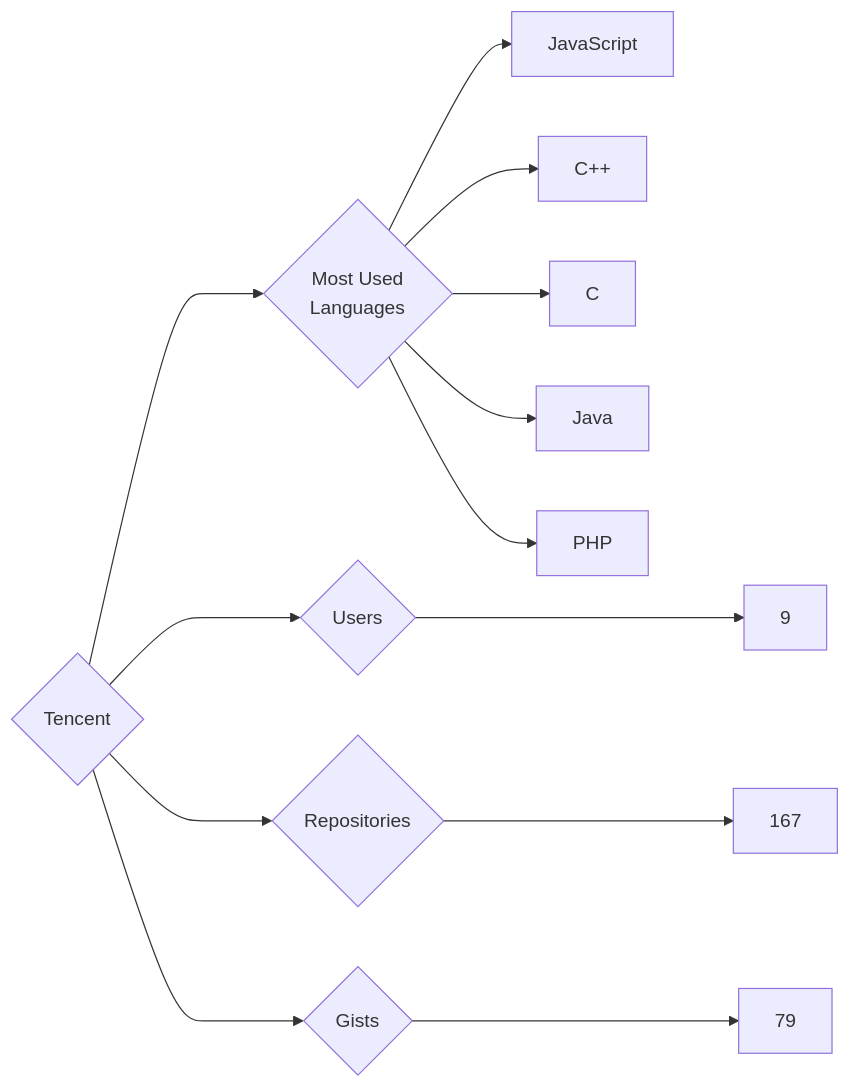
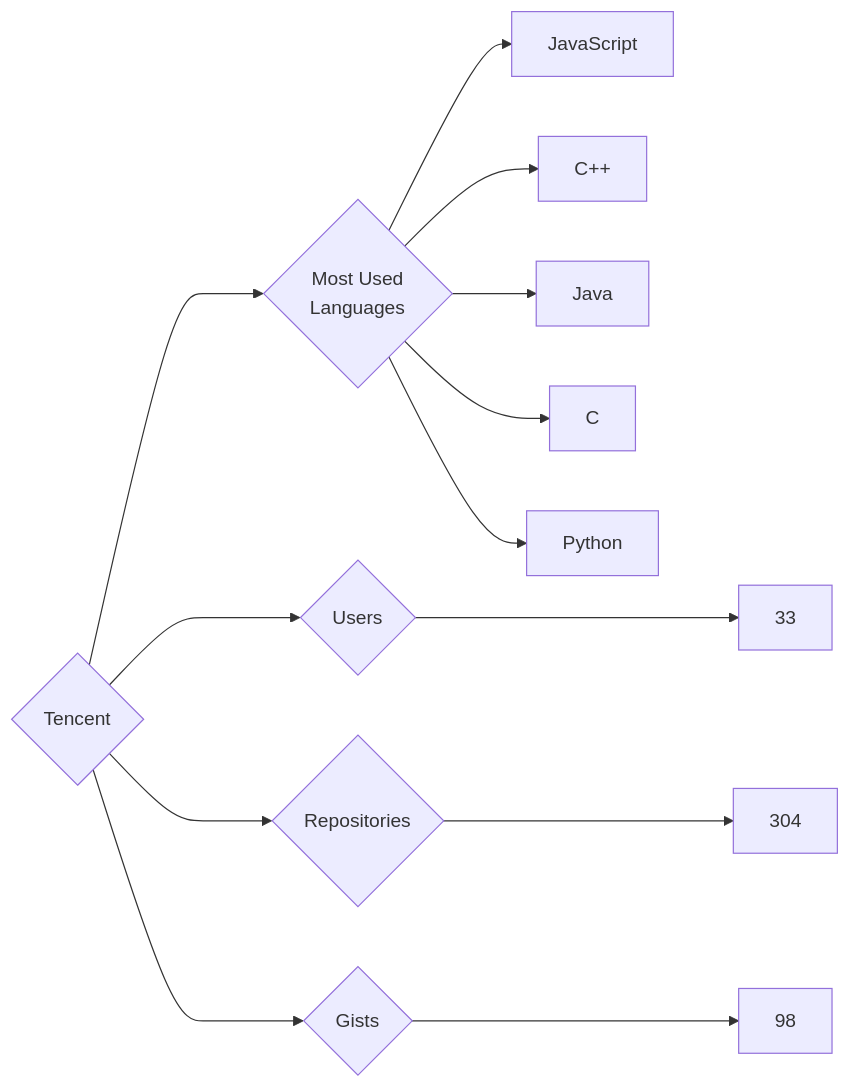
Before and after one commit to trickest/insiders: the diagram in targets/Tencent/README.md, drawn with Mermaid. The commit also changed 955 other files, not shown here.

````diff
--- a/targets/Tencent/README.md
+++ b/targets/Tencent/README.md
@@ -3,13 +3,13 @@
 ```mermaid
 graph LR
 COMPANY_NAME{Tencent}
-COMPANY_NAME ---> U{Users} ---> UN[9]
-COMPANY_NAME ---> R{Repositories} ---> RN[167]
-COMPANY_NAME ---> G{Gists} ---> GN[79]
+COMPANY_NAME ---> U{Users} ---> UN[33]
+COMPANY_NAME ---> R{Repositories} ---> RN[304]
+COMPANY_NAME ---> G{Gists} ---> GN[98]
 COMPANY_NAME ---> ML{Most Used<br>Languages}
 ML --> JavaScript[JavaScript]
 ML --> C++[C++]
+ML --> Java[Java]
 ML --> C[C]
-ML --> Java[Java]
-ML --> PHP[PHP]
+ML --> Python[Python]
 ```
````
